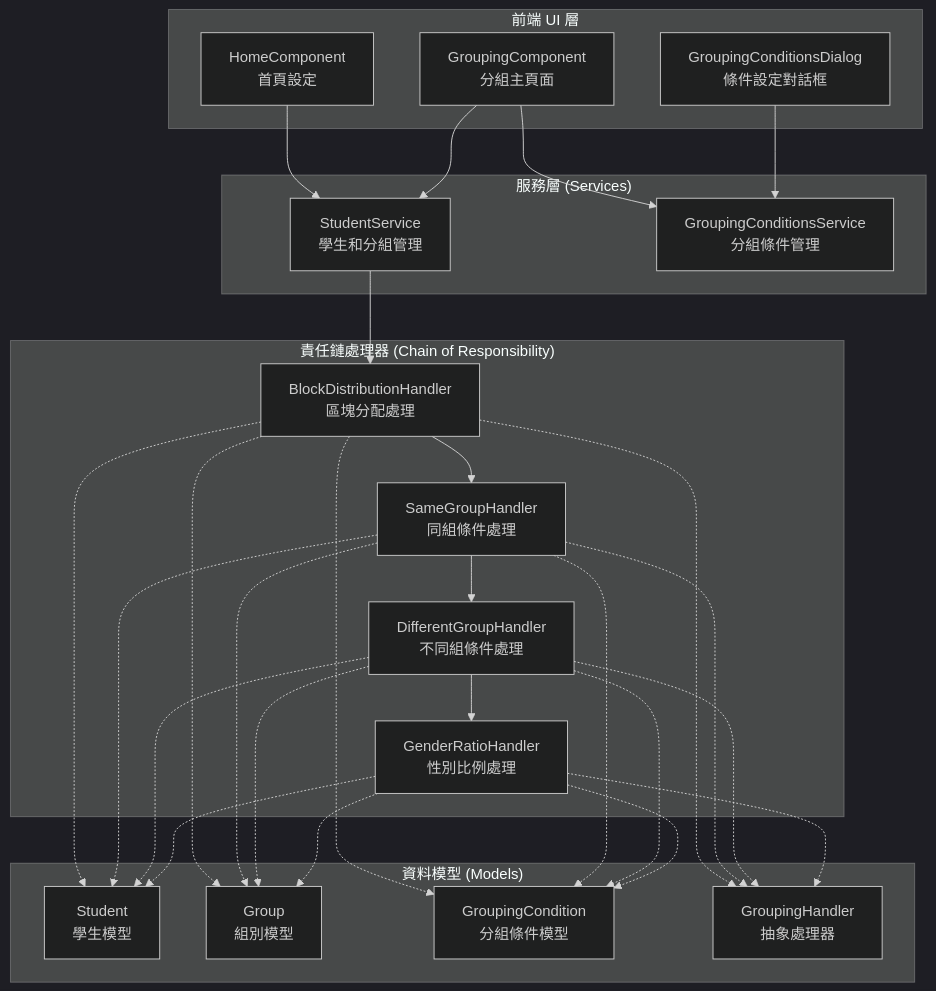
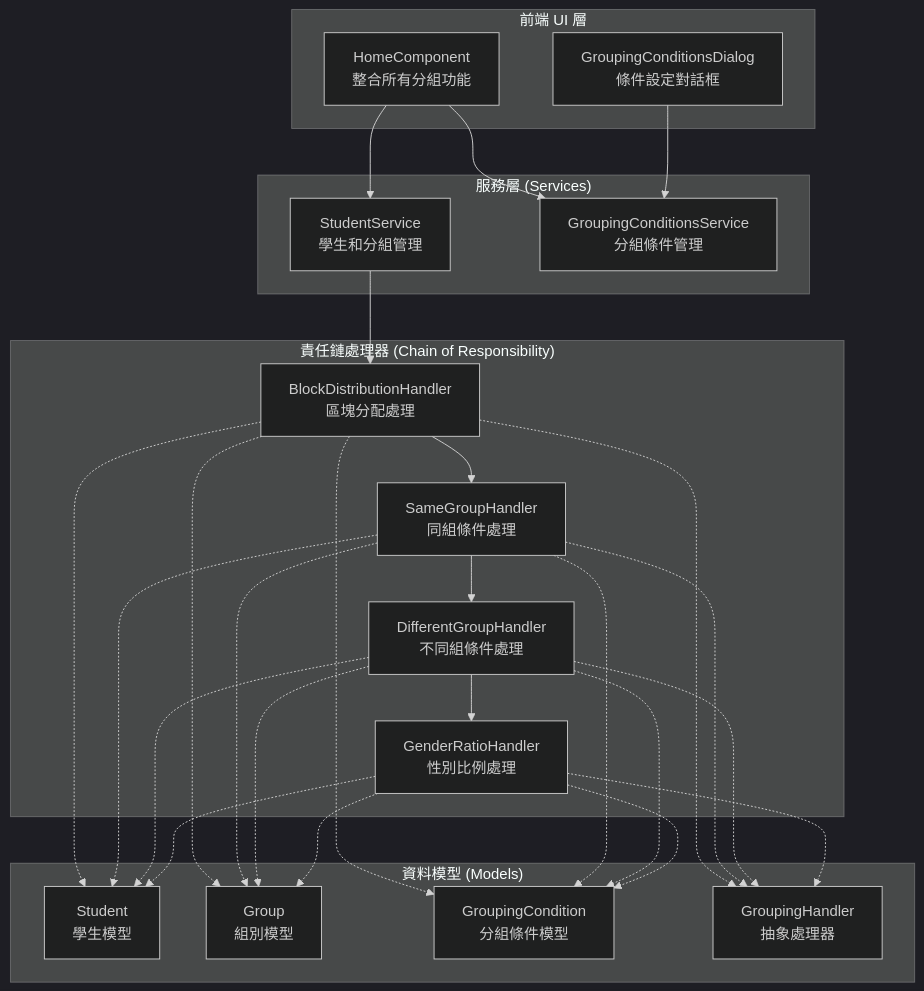
One commit to kuanchungfeng/TeamShuffle changed the second of 4 diagrams in docs/architecture-diagram.md. Above: the diagram before and after it, drawn with Mermaid (dark theme). The commit also changed other lines of this file and 9 other files, not shown here.

First line of the commit message:
refactor: remove grouping component and integrate functionality into home component

````diff
--- a/docs/architecture-diagram.md
+++ b/docs/architecture-diagram.md
@@ -33,58 +33,56 @@
 ```mermaid
 graph TB
     subgraph "前端 UI 層"
-        A[HomeComponent<br/>首頁設定]
-        B[GroupingComponent<br/>分組主頁面]
+        A[HomeComponent<br/>整合所有分組功能]
         C[GroupingConditionsDialog<br/>條件設定對話框]
     end
 
     subgraph "服務層 (Services)"
         D[StudentService<br/>學生和分組管理]
         E[GroupingConditionsService<br/>分組條件管理]
     end
 
     subgraph "責任鏈處理器 (Chain of Responsibility)"
         F[BlockDistributionHandler<br/>區塊分配處理]
         G[SameGroupHandler<br/>同組條件處理]
         H[DifferentGroupHandler<br/>不同組條件處理]
         I[GenderRatioHandler<br/>性別比例處理]
 
         F --> G
         G --> H
         H --> I
     end
 
     subgraph "資料模型 (Models)"
         J[Student<br/>學生模型]
         K[Group<br/>組別模型]
         L[GroupingCondition<br/>分組條件模型]
         M[GroupingHandler<br/>抽象處理器]
     end
 
     A --> D
-    B --> D
-    B --> E
+    A --> E
     C --> E
 
     D --> F
 
     F -.-> J
     G -.-> J
     H -.-> J
     I -.-> J
 
     F -.-> K
     G -.-> K
     H -.-> K
     I -.-> K
 
     F -.-> L
     G -.-> L
     H -.-> L
     I -.-> L
 
     F -.-> M
     G -.-> M
     H -.-> M
     I -.-> M
 ```
````
